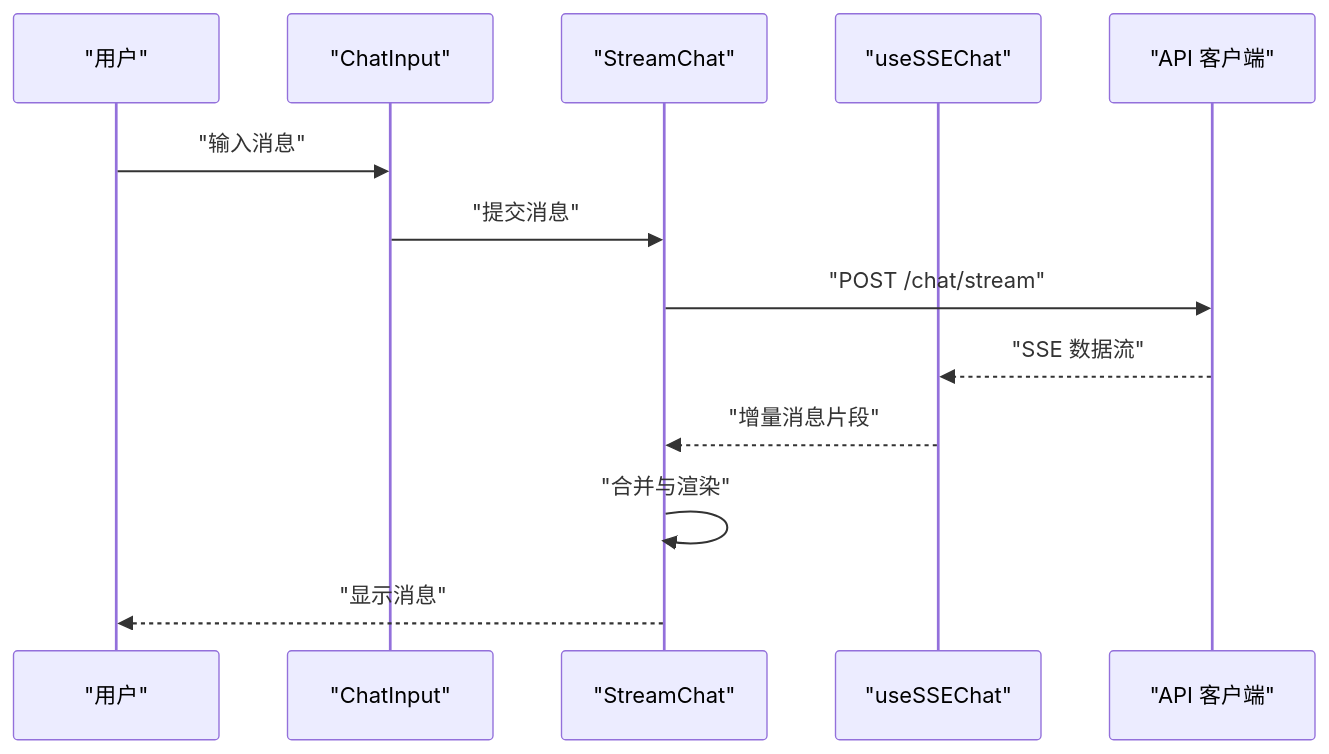
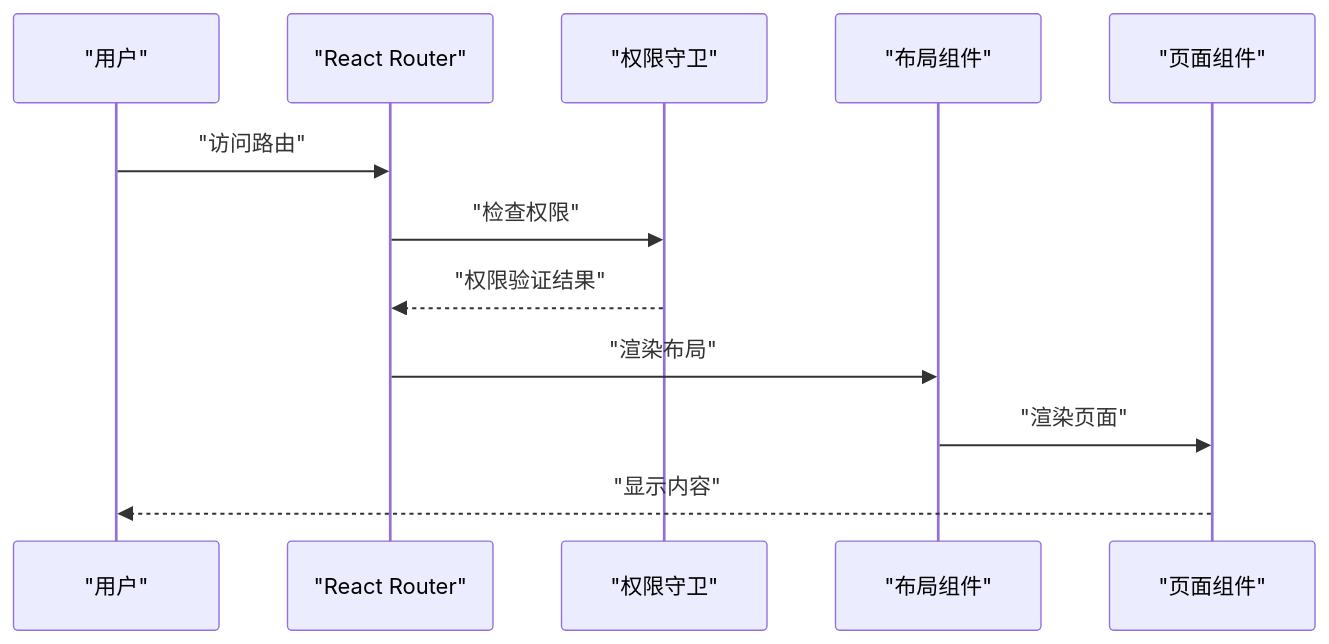
The third of 9 diagrams in .qoder/repowiki/zh/content/前端应用架构/前端应用架构.md (angledick/-), drawn with Mermaid before and after one commit. The commit also changed other lines of this file and 770 other files, not shown here.

````diff
--- a/.qoder/repowiki/zh/content/前端应用架构/前端应用架构.md
+++ b/.qoder/repowiki/zh/content/前端应用架构/前端应用架构.md
@@ -376,15 +264,14 @@
 ```mermaid
 sequenceDiagram
-participant U as "用户"
-participant CI as "ChatInput"
-participant SC as "StreamChat"
-participant SSE as "useSSEChat"
-participant API as "API 客户端"
-U->>CI : "输入消息"
-CI->>SC : "提交消息"
-SC->>API : "POST /chat/stream"
-API-->>SSE : "SSE 数据流"
-SSE-->>SC : "增量消息片段"
-SC->>SC : "合并与渲染"
-SC-->>U : "显示消息"
+participant User as "用户"
+participant Router as "React Router"
+participant Guard as "权限守卫"
+participant Layout as "布局组件"
+participant Page as "页面组件"
+User->>Router : "访问路由"
+Router->>Guard : "检查权限"
+Guard-->>Router : "权限验证结果"
+Router->>Layout : "渲染布局"
+Layout->>Page : "渲染页面"
+Page-->>User : "显示内容"
 ```
````
